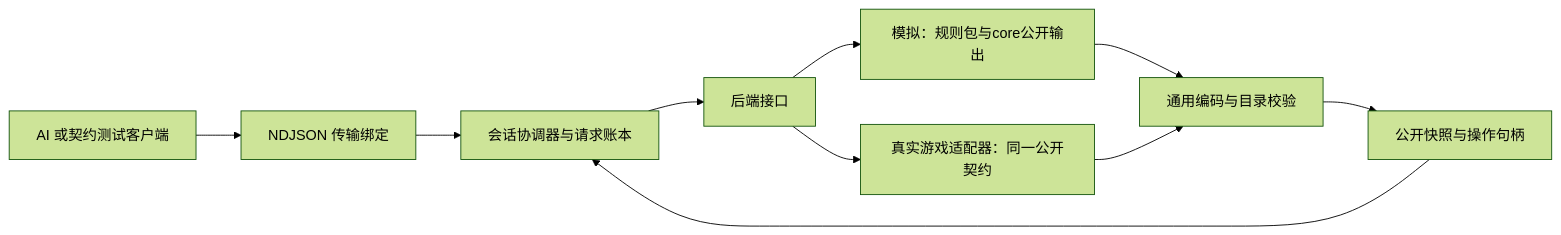
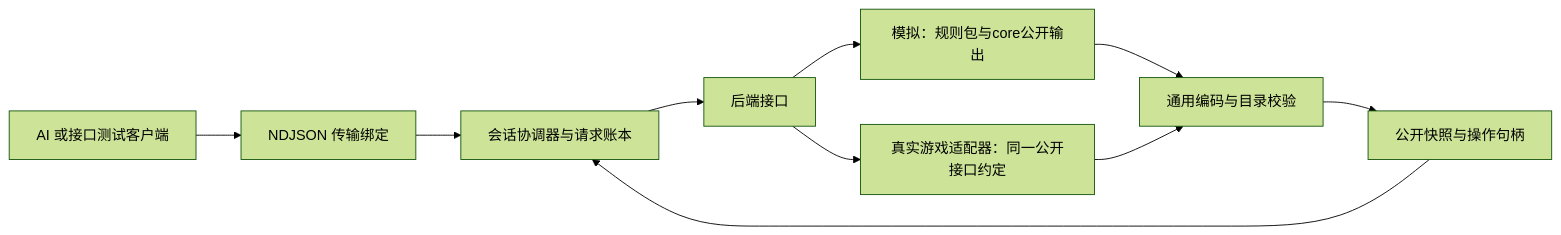
One commit to QingXiang22/auto-the-spire changed the diagram in docs/design/net-the-spire/design.md. Above: the diagram before and after it, drawn with Mermaid (forest theme). The commit also changed other lines of this file and 130 other files, not shown here.

````diff
--- a/docs/design/net-the-spire/design.md
+++ b/docs/design/net-the-spire/design.md
@@ -21,12 +21,12 @@
 ```mermaid
 flowchart LR
-    AI[AI 或契约测试客户端] --> W[NDJSON 传输绑定]
+    AI[AI 或接口测试客户端] --> W[NDJSON 传输绑定]
     W --> S[会话协调器与请求账本]
     S --> B[后端接口]
     B --> C[模拟：规则包与core公开输出]
-    B --> R[真实游戏适配器：同一公开契约]
+    B --> R[真实游戏适配器：同一公开接口约定]
     C --> P[通用编码与目录校验]
     R --> P
     P --> A[公开快照与操作句柄]
     A --> S
 ```
````
